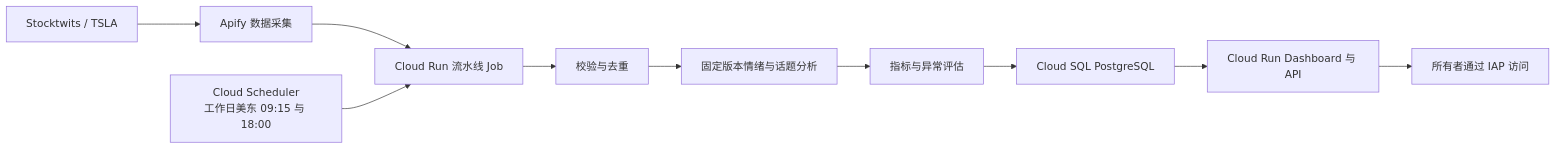
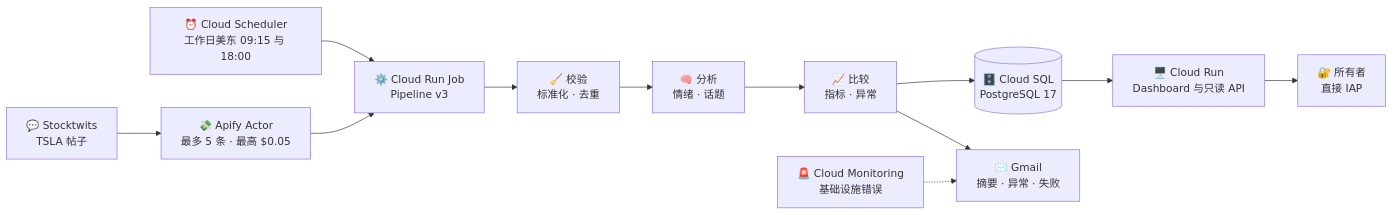
The second of 2 diagrams in README.md (AndyChen227/StockPulse---V2), drawn with Mermaid before and after one commit. The commit also changed other lines of this file and 33 other files, not shown here.

````diff
--- a/README.md
+++ b/README.md
@@ -291,12 +352,14 @@
 ```mermaid
 flowchart LR
-    A["Stocktwits / TSLA"] --> B["Apify 数据采集"]
-    B --> C["Cloud Run 流水线 Job"]
-    C --> D["校验与去重"]
-    D --> E["固定版本情绪与话题分析"]
-    E --> F["指标与异常评估"]
-    F --> G["Cloud SQL PostgreSQL"]
-    G --> H["Cloud Run Dashboard 与 API"]
-    H --> I["所有者通过 IAP 访问"]
-    J["Cloud Scheduler<br/>工作日美东 09:15 与 18:00"] --> C
+    A["💬 Stocktwits<br/>TSLA 帖子"] --> B["💸 Apify Actor<br/>最多 5 条 · 最高 $0.05"]
+    J["⏰ Cloud Scheduler<br/>工作日美东 09:15 与 18:00"] --> C
+    B --> C["⚙️ Cloud Run Job<br/>Pipeline v3"]
+    C --> D["🧹 校验<br/>标准化 · 去重"]
+    D --> E["🧠 分析<br/>情绪 · 话题"]
+    E --> F["📈 比较<br/>指标 · 异常"]
+    F --> G[("🗄️ Cloud SQL<br/>PostgreSQL 17")]
+    G --> H["🖥️ Cloud Run<br/>Dashboard 与只读 API"]
+    H --> I["🔐 所有者<br/>直接 IAP"]
+    F --> K["✉️ Gmail<br/>摘要 · 异常 · 失败"]
+    L["🚨 Cloud Monitoring<br/>基础设施错误"] -.-> K
 ```
````
